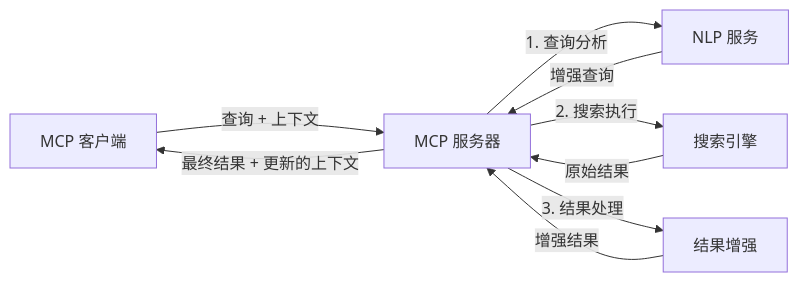
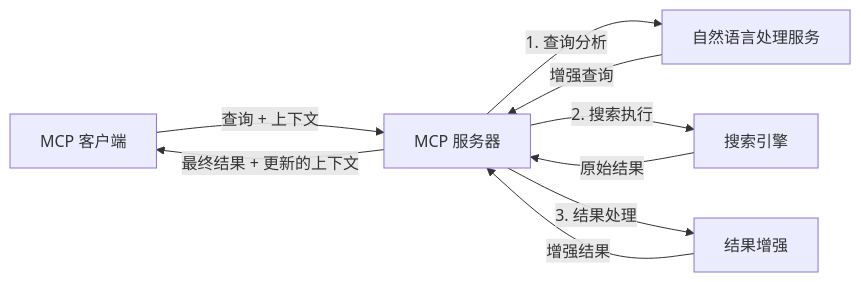
One commit to microsoft/mcp-for-beginners changed the fourth of 4 diagrams in translations/zh-CN/05-AdvancedTopics/mcp-realtimesearch/README.md. Above: the diagram before and after it, drawn with Mermaid. The commit also changed other lines of this file and 118 other files, not shown here.

````diff
--- a/translations/zh-CN/05-AdvancedTopics/mcp-realtimesearch/README.md
+++ b/translations/zh-CN/05-AdvancedTopics/mcp-realtimesearch/README.md
@@ -626,11 +628,11 @@
 ```mermaid
 graph LR
     Client[MCP 客户端] --> |查询 + 上下文| Server[MCP 服务器]
-    Server --> |1. 查询分析| NLP[NLP 服务]
+    Server --> |1. 查询分析| NLP[自然语言处理服务]
     NLP --> |增强查询| Server
     Server --> |2. 搜索执行| Search[搜索引擎]
     Search --> |原始结果| Server
     Server --> |3. 结果处理| Enhancement[结果增强]
     Enhancement --> |增强结果| Server
     Server --> |最终结果 + 更新的上下文| Client
 ```
````
